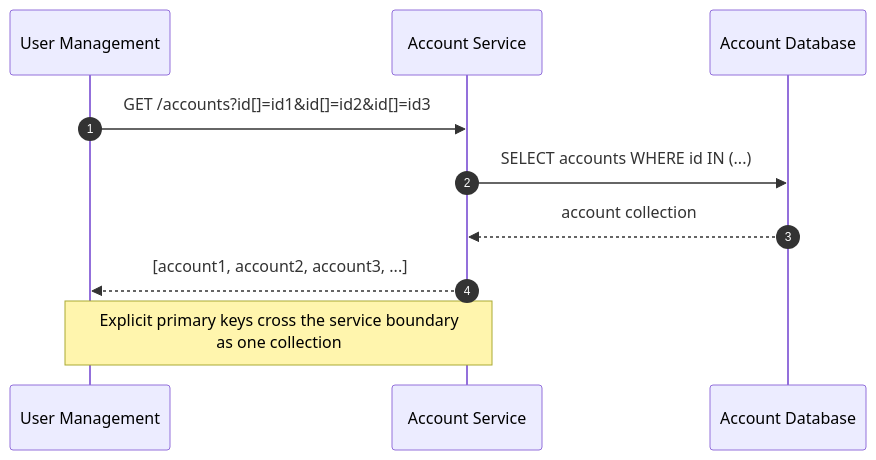
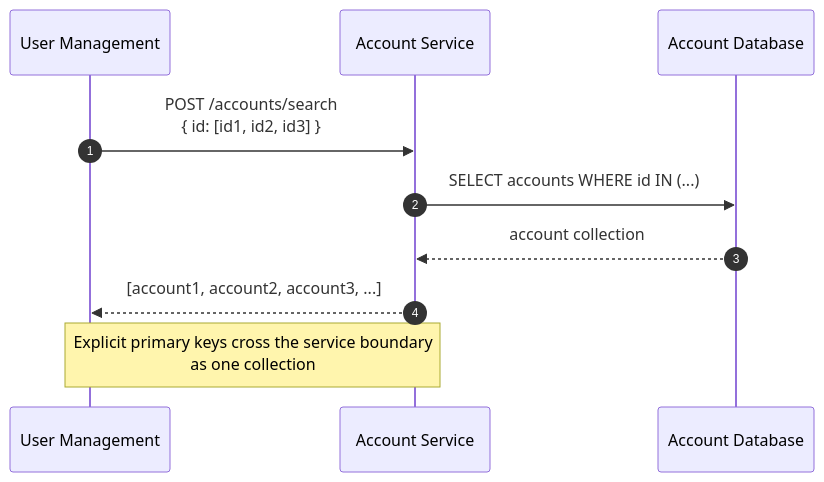
The second of 3 diagrams in docs/articles/series/IAM-System-Demo/graphql-auth-explosion-part-2-multiple-object-retrieval.md (meleneth/whirred-io), drawn with Mermaid before and after one commit. The commit also changed other lines of this file and 16 other files, not shown here.

````diff
--- a/docs/articles/series/IAM-System-Demo/graphql-auth-explosion-part-2-multiple-object-retrieval.md
+++ b/docs/articles/series/IAM-System-Demo/graphql-auth-explosion-part-2-multiple-object-retrieval.md
@@ -43,14 +44,14 @@
 ```mermaid
 sequenceDiagram
   autonumber
   participant UM as User Management
   participant AS as Account Service
   participant DB as Account Database
 
-  UM->>AS: GET /accounts?id[]=id1&id[]=id2&id[]=id3
+  UM->>AS: POST /accounts/search<br/>{ id: [id1, id2, id3] }
   AS->>DB: SELECT accounts WHERE id IN (...)
   DB-->>AS: account collection
   AS-->>UM: [account1, account2, account3, ...]
 
   Note over UM,AS: Explicit primary keys cross the service boundary<br/>as one collection
 ```
````
